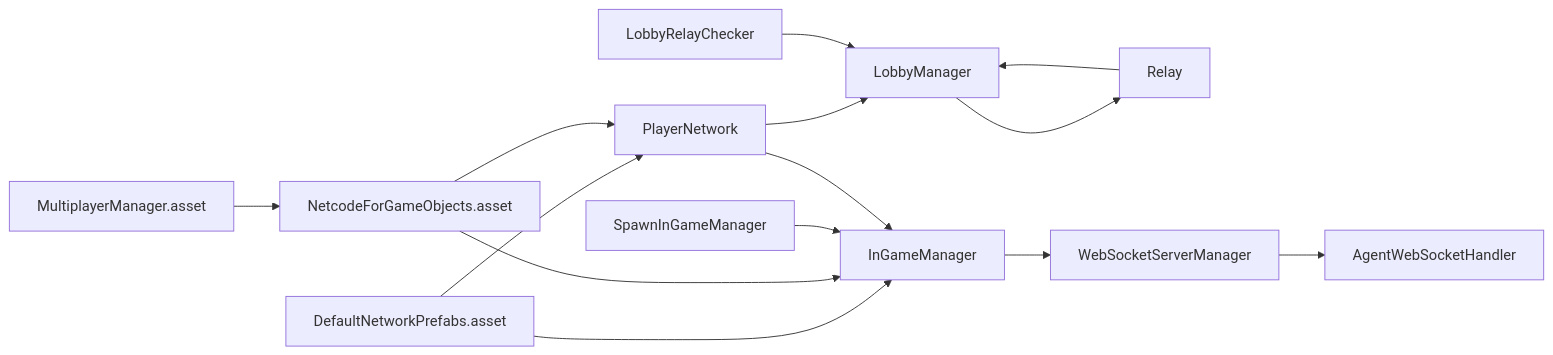
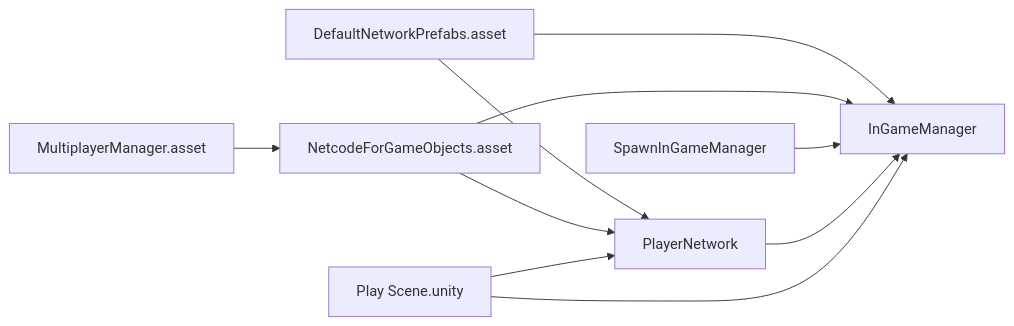
Before and after one commit to kandeng/AI-Controlled-battle-game: the seventh of 7 diagrams in .qoder/repowiki/en/content/Multiplayer System/Multiplayer System.md, drawn with Mermaid. The commit also changed other lines of this file and 6 other files, not shown here.

````diff
--- a/.qoder/repowiki/en/content/Multiplayer System/Multiplayer System.md
+++ b/.qoder/repowiki/en/content/Multiplayer System/Multiplayer System.md
@@ -393,27 +288,19 @@
 ```mermaid
 graph LR
 DNP["DefaultNetworkPrefabs.asset"]
 NFG["NetcodeForGameObjects.asset"]
 MPM["MultiplayerManager.asset"]
 PN["PlayerNetwork"]
 IG["InGameManager"]
 SPM["SpawnInGameManager"]
-LM["LobbyManager"]
-LRC["LobbyRelayChecker"]
-REL["Relay"]
-WSM["WebSocketServerManager"]
-AWH["AgentWebSocketHandler"]
+PS["Play Scene.unity"]
 DNP --> PN
 DNP --> IG
 NFG --> PN
 NFG --> IG
 MPM --> NFG
 SPM --> IG
 PN --> IG
-PN --> LM
-LRC --> LM
-REL --> LM
-LM --> REL
-IG --> WSM
-WSM --> AWH
+PS --> PN
+PS --> IG
 ```
````
